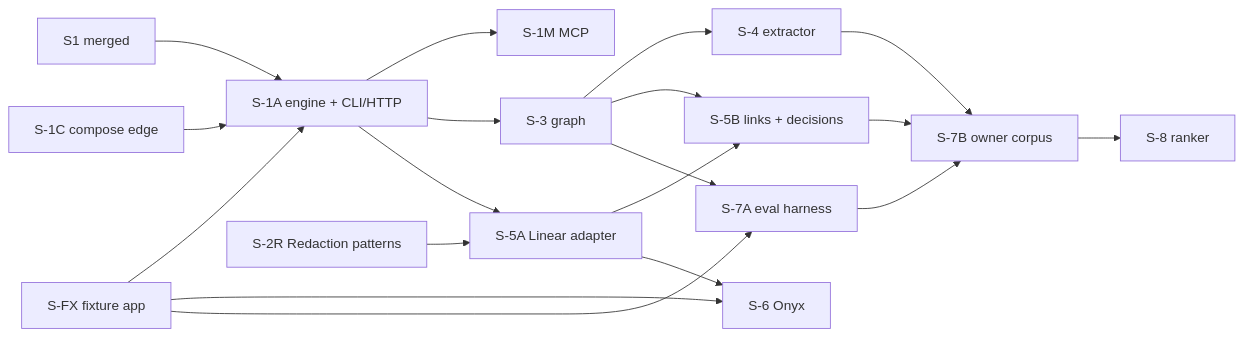
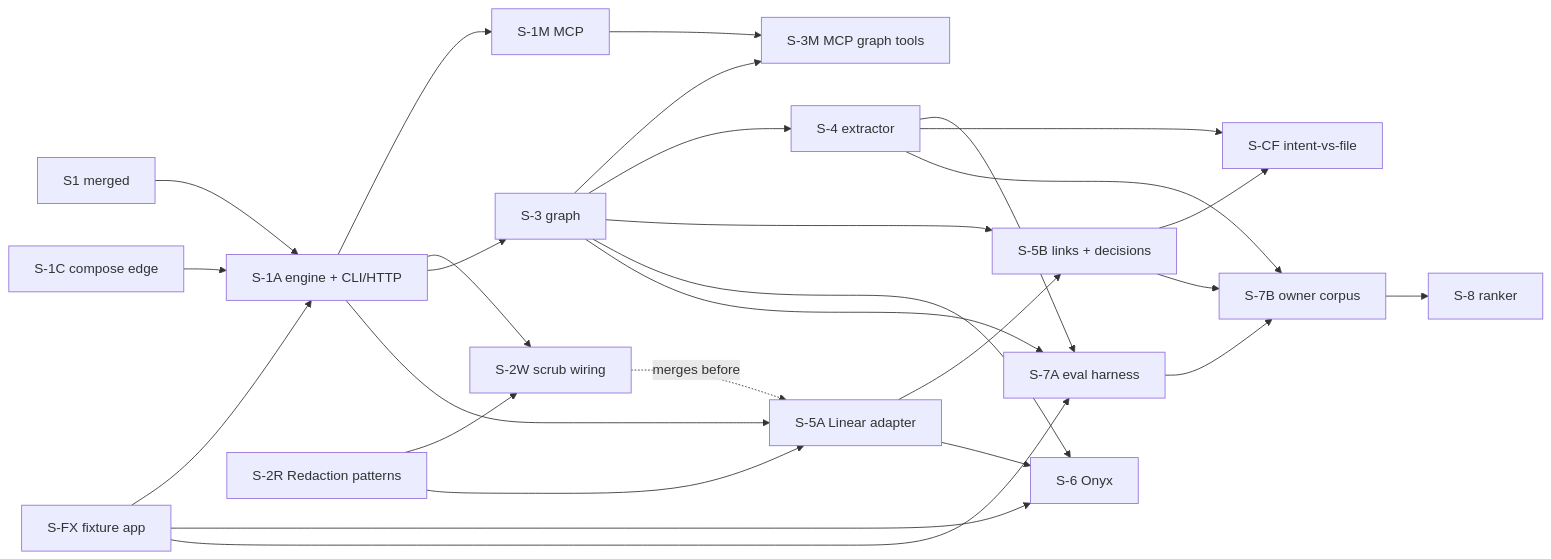
Before and after one commit to joithor/agentic-workflow: the diagram in docs/superpowers/specs/2026-10-10-sindri-context-retrieval-design.md, drawn with Mermaid. The commit also changed other lines of this file, not shown here.

````diff
--- a/docs/superpowers/specs/2026-10-10-sindri-context-retrieval-design.md
+++ b/docs/superpowers/specs/2026-10-10-sindri-context-retrieval-design.md
@@ -691,21 +726,30 @@
 ```mermaid
 flowchart LR
   S1[S1 merged] --> S1A
   S1C[S-1C compose edge] --> S1A
-  S2R[S-2R Redaction patterns] --> S5A
   SFX[S-FX fixture app] --> S1A
   SFX --> S6
   SFX --> S7A
+  S2R[S-2R Redaction patterns] --> S2W
+  S2R --> S5A
   S1A[S-1A engine + CLI/HTTP] --> S1M[S-1M MCP]
+  S1A --> S2W[S-2W scrub wiring]
   S1A --> S3[S-3 graph]
   S1A --> S5A[S-5A Linear adapter]
+  S2W -. merges before .-> S5A
+  S1M --> S3M[S-3M MCP graph tools]
+  S3 --> S3M
   S3 --> S4[S-4 extractor]
   S3 --> S5B[S-5B links + decisions]
   S5A --> S5B
-  S5A --> S6[S-6 Onyx]
+  S3 --> S6[S-6 Onyx]
+  S5A --> S6
   S3 --> S7A[S-7A eval harness]
+  S4 --> S7A
+  S4 --> SCF[S-CF intent-vs-file]
+  S5B --> SCF
   S4 --> S7B[S-7B owner corpus]
   S5B --> S7B
   S7A --> S7B
   S7B --> S8[S-8 ranker]
 ```
````
